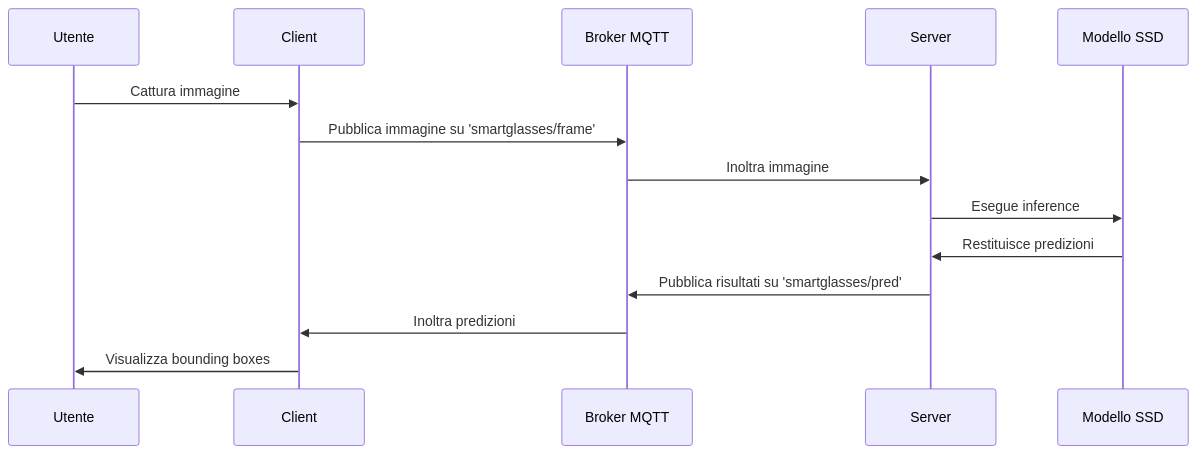
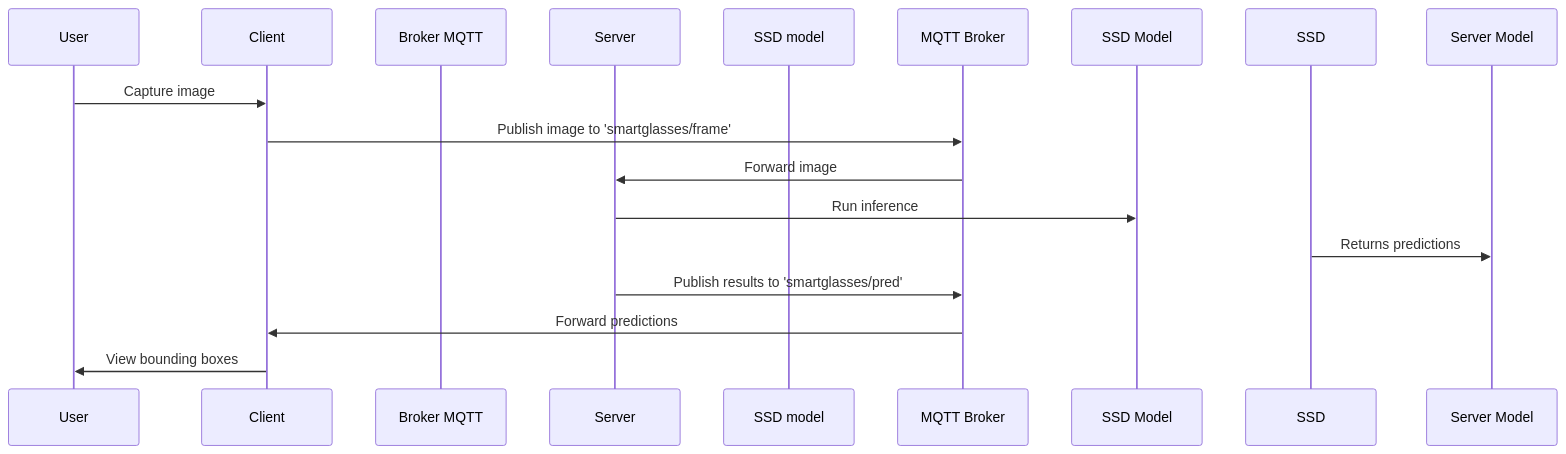
Before and after one commit to riccardosemeraro/B.O.S.S.-Branch-Bellusci-SSD300-VGG16: the third of 6 diagrams in README.md, drawn with Mermaid. The commit also changed other lines of this file and 1 other file, not shown here.

````diff
--- a/README.md
+++ b/README.md
@@ -405,33 +403,33 @@
 ```mermaid
 
 sequenceDiagram
 
-participant Utente
+participant User
 
 participant Client
 
 participant Broker MQTT
 
 participant Server
 
-participant Modello SSD
+participant SSD model
 
   
 
-Utente->>Client: Cattura immagine
+User->>Client: Capture image
 
-Client->>Broker MQTT: Pubblica immagine su 'smartglasses/frame'
+Client->>MQTT Broker: Publish image to 'smartglasses/frame'
 
-Broker MQTT->>Server: Inoltra immagine
+MQTT Broker->>Server: Forward image
 
-Server->>Modello SSD: Esegue inference
+Server->>SSD Model: Run inference
 
-Modello SSD->>Server: Restituisce predizioni
+SSD->>Server Model: Returns predictions
 
-Server->>Broker MQTT: Pubblica risultati su 'smartglasses/pred'
+Server->>MQTT Broker: Publish results to 'smartglasses/pred'
 
-Broker MQTT->>Client: Inoltra predizioni
+MQTT Broker->>Client: Forward predictions
 
-Client->>Utente: Visualizza bounding boxes
+Client->>User: View bounding boxes
 
 ```
````
